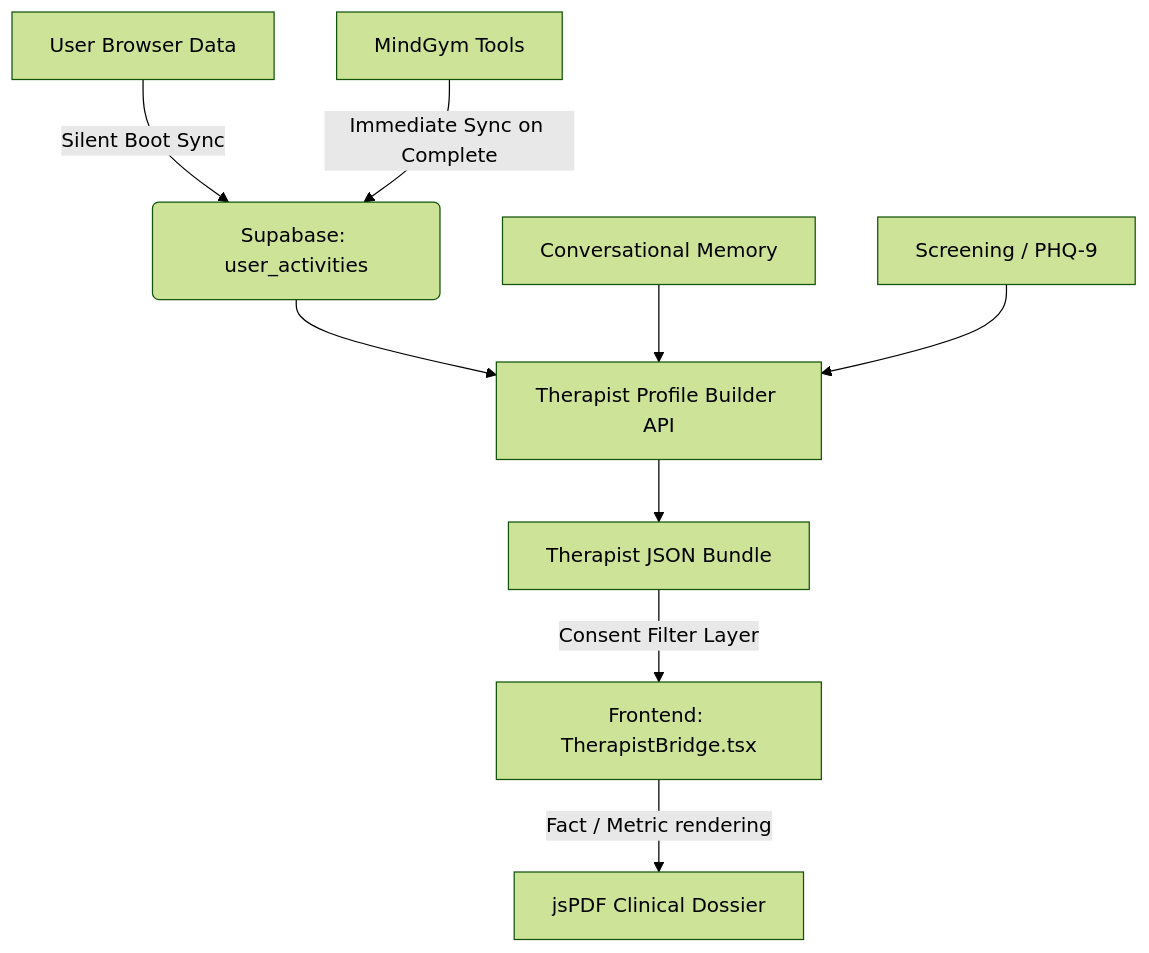
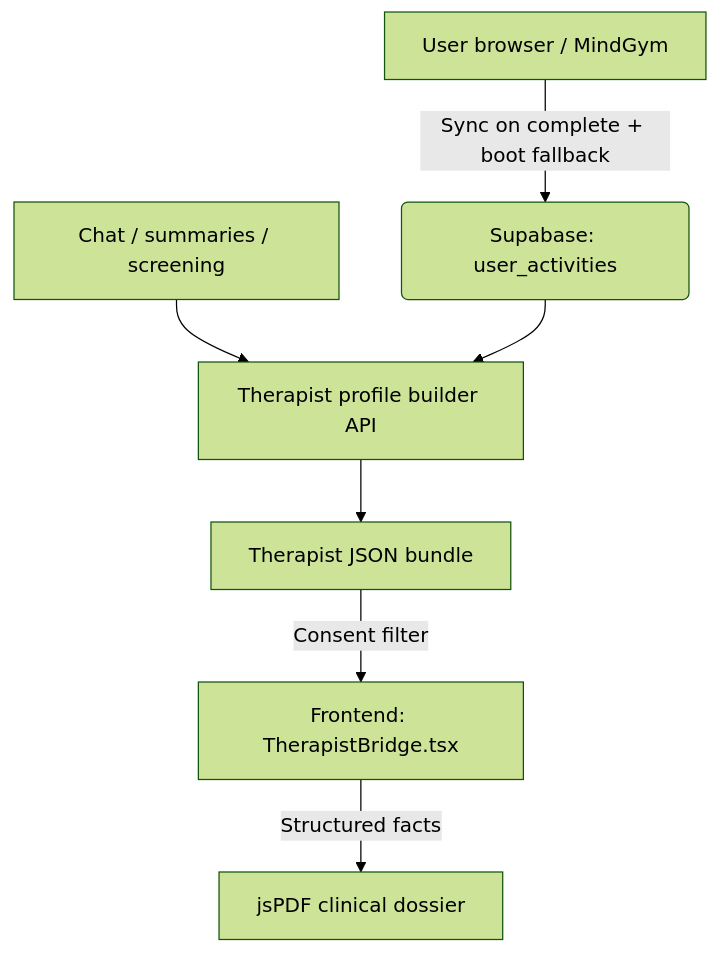
One commit to HarshitMathur01/MindMitra changed the diagram in docs/therapist_bridge.md. Above: the diagram before and after it, drawn with Mermaid (forest theme). The commit also changed other lines of this file and 45 other files, not shown here.

````diff
--- a/docs/therapist_bridge.md
+++ b/docs/therapist_bridge.md
@@ -13,11 +15,9 @@
 ```mermaid
 graph TD
-  A[User Browser Data] -->|Silent Boot Sync| B(Supabase: user_activities)
-  C[MindGym Tools] -->|Immediate Sync on Complete| B
-  B --> D[Therapist Profile Builder API]
-  E[Conversational Memory] --> D
-  F[Screening / PHQ-9] --> D
-  D --> G[Therapist JSON Bundle]
-  G -->|Consent Filter Layer| H[Frontend: TherapistBridge.tsx]
-  H -->|Fact / Metric rendering| I[jsPDF Clinical Dossier]
+  A[User browser / MindGym] -->|Sync on complete + boot fallback| B(Supabase: user_activities)
+  C[Chat / summaries / screening] --> D[Therapist profile builder API]
+  B --> D
+  D --> E[Therapist JSON bundle]
+  E -->|Consent filter| F[Frontend: TherapistBridge.tsx]
+  F -->|Structured facts| G[jsPDF clinical dossier]
 ```
````
